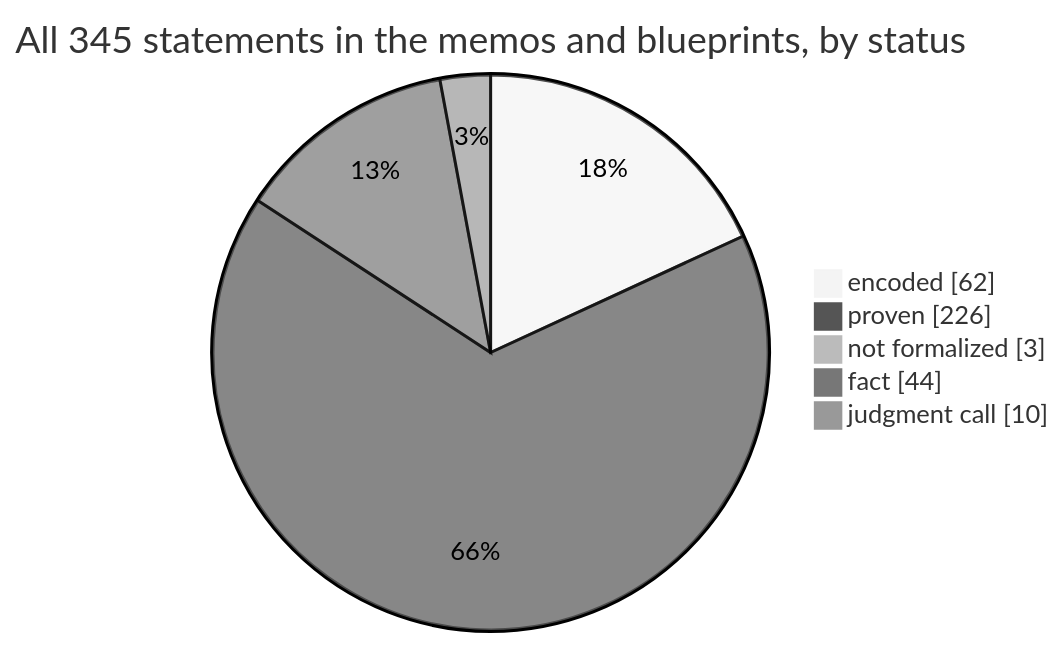
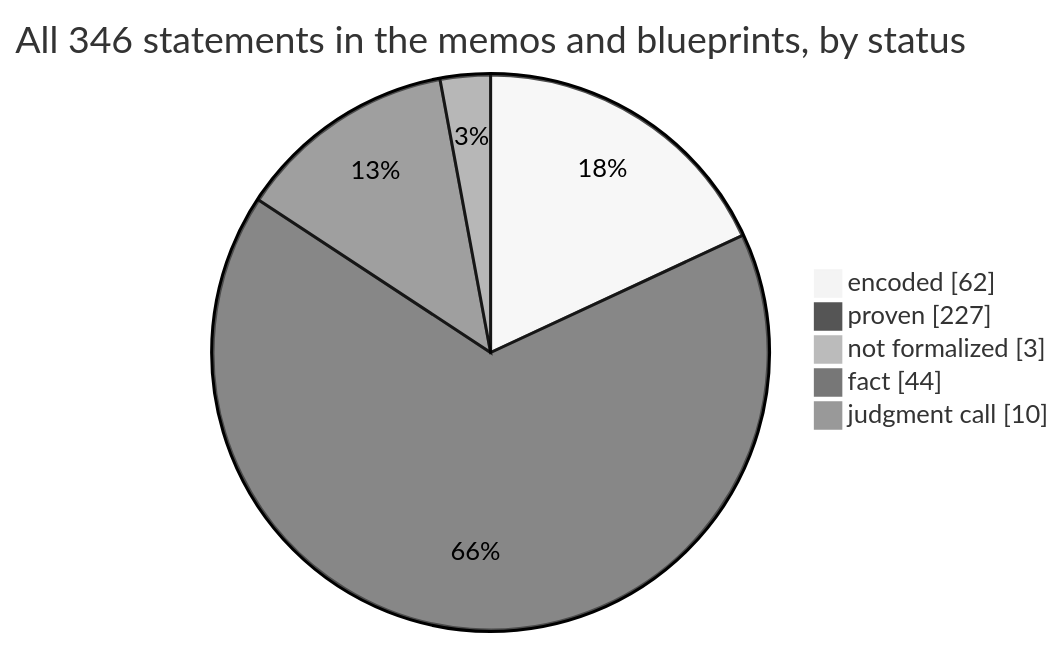
The first of 4 diagrams in docs/graphs/dashboard.md (SeanWMurray/Canteen), drawn with Mermaid (neutral theme) before and after one commit. The commit also changed other lines of this file and 16 other files, not shown here.

````diff
--- a/docs/graphs/dashboard.md
+++ b/docs/graphs/dashboard.md
@@ -11,8 +11,8 @@
 ```mermaid
-pie showData title All 345 statements in the memos and blueprints, by status
+pie showData title All 346 statements in the memos and blueprints, by status
     "encoded" : 62
-    "proven" : 226
+    "proven" : 227
     "not formalized" : 3
     "fact" : 44
     "judgment call" : 10
 ```
````
